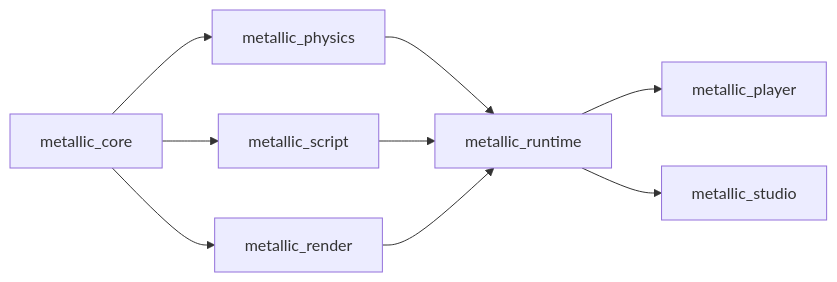
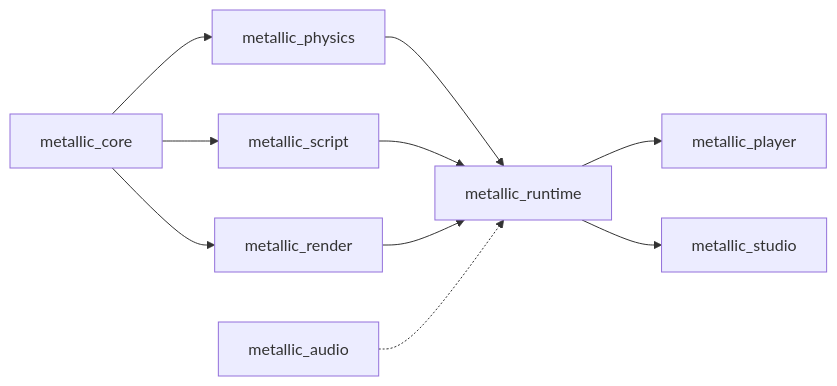
One commit to Metallic-Club/studio changed the diagram in ARCHITECTURE.md. Above: the diagram before and after it, drawn with Mermaid. The commit also changed other lines of this file and 19 other files, not shown here.

First line of the commit message:
Add metallic_audio: sounds, groups, effects and 3D spatial audio

````diff
--- a/ARCHITECTURE.md
+++ b/ARCHITECTURE.md
@@ -6,11 +6,12 @@
 ```mermaid
 graph LR
   core[metallic_core] --> physics[metallic_physics]
   core --> script[metallic_script]
   core --> render[metallic_render]
   physics --> runtime[metallic_runtime]
   script --> runtime
   render --> runtime
+  audio[metallic_audio] -.-> runtime
   runtime --> player[metallic_player]
   runtime --> studio[metallic_studio]
 ```
````
